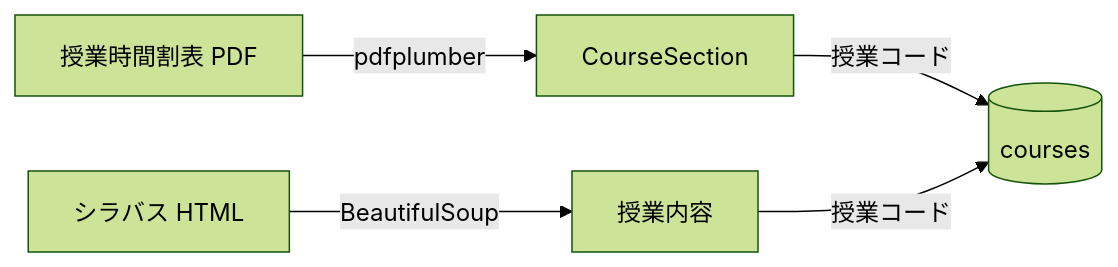
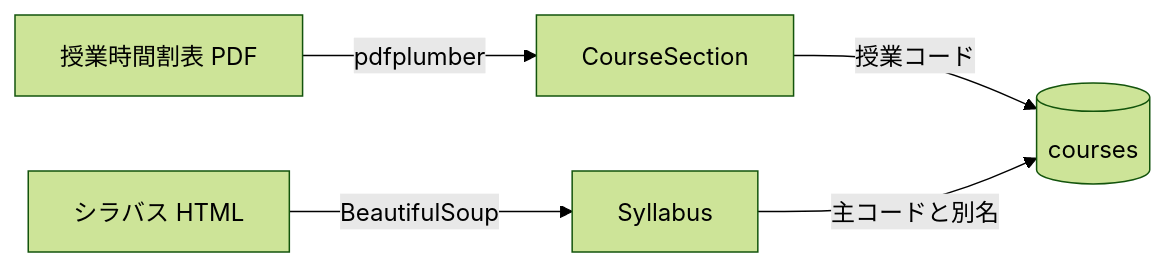
One commit to h11roki/Shirube changed the diagram in docs/data-model.md. Above: the diagram before and after it, drawn with Mermaid (forest theme). The commit also changed other lines of this file and 7 other files, not shown here.

````diff
--- a/docs/data-model.md
+++ b/docs/data-model.md
@@ -5,7 +5,7 @@
 ```mermaid
 flowchart LR
   T[授業時間割表 PDF] -->|pdfplumber| S[CourseSection]
-  Y[シラバス HTML] -->|BeautifulSoup| C[授業内容]
+  Y[シラバス HTML] -->|BeautifulSoup| C[Syllabus]
   S -- 授業コード --> M[(courses)]
-  C -- 授業コード --> M
+  C -- 主コードと別名 --> M
 ```
````
